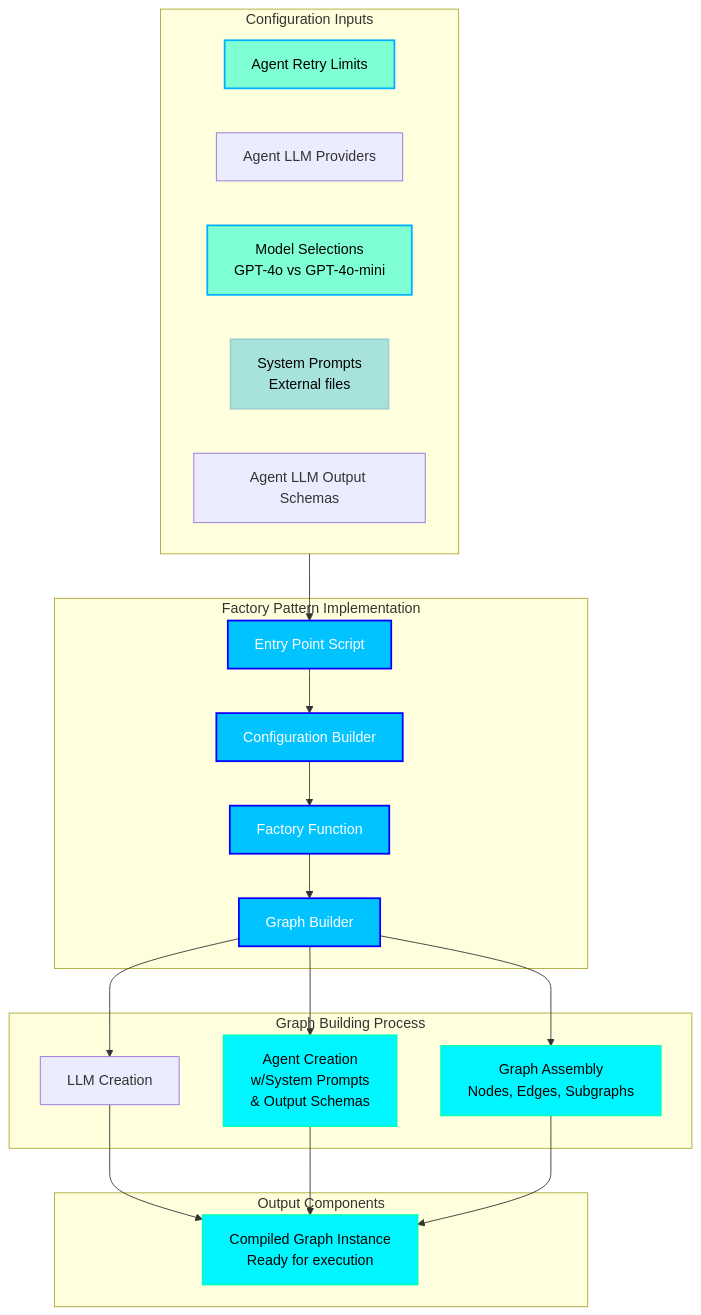
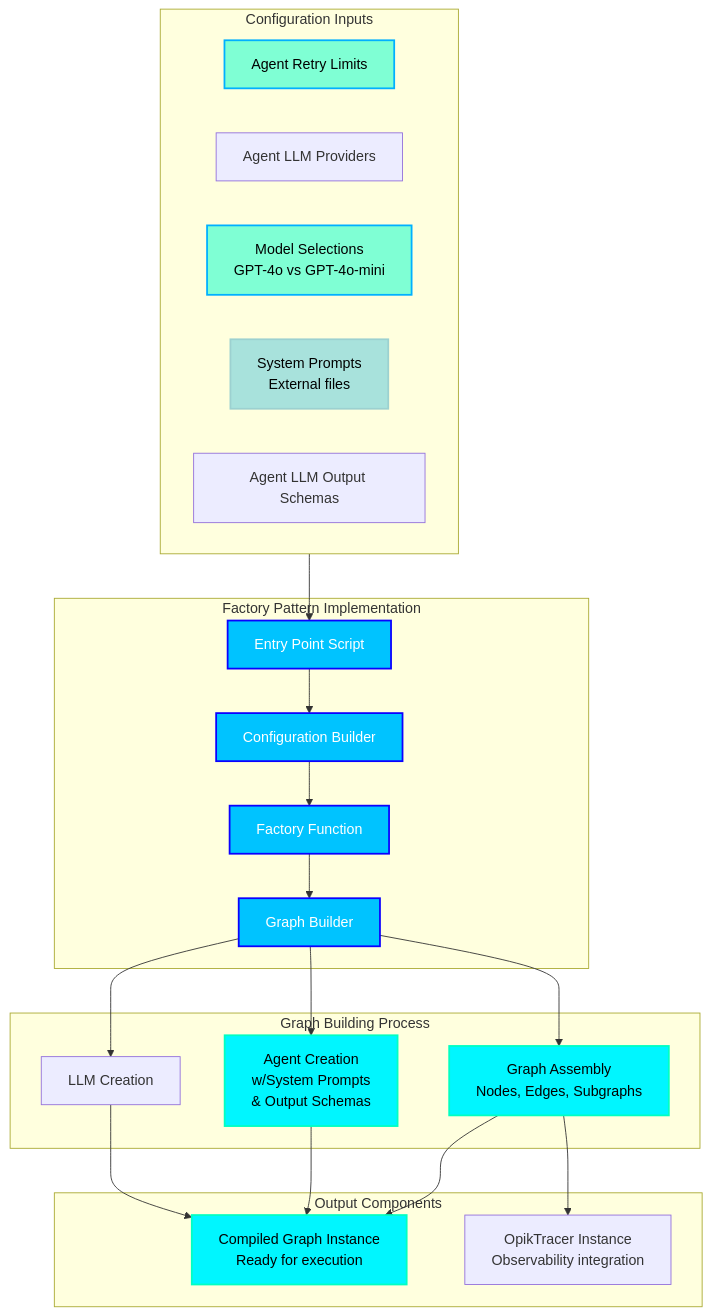
The eighth of 10 diagrams in docs/src/ARCHITECTURE.md (jdsham/hf-ai-agents-course), drawn with Mermaid before and after one commit. The commit also changed other lines of this file and 18 other files, not shown here.

````diff
--- a/docs/src/ARCHITECTURE.md
+++ b/docs/src/ARCHITECTURE.md
@@ -1813,59 +1898,61 @@
 ```mermaid
 graph TB
     %% Graph Configuration
     subgraph ConfigInputs["Configuration Inputs"]
         RetryLimits[Agent Retry Limits]
         LLMProvider[Agent LLM Providers]
         Models[Model Selections<br/>GPT-4o vs GPT-4o-mini]
         SystemPrompts[System Prompts<br/>External files]
         OutputSchemas[Agent LLM Output Schemas]
     end
     
     %% Factory Pattern Implementation
     subgraph FactoryPattern["Factory Pattern Implementation"]
         EntryPoint[Entry Point Script]
         ConfigBuilder[Configuration Builder]
         Factory[Factory Function]
         GraphBuilder[Graph Builder]
     end
     
     %% Graph Building Process
     subgraph GraphBuilding["Graph Building Process"]
         LLMCreation[LLM Creation]
         AgentCreation[Agent Creation<br> w/System Prompts <br> & Output Schemas]
         GraphAssembly[Graph Assembly<br/>Nodes, Edges, Subgraphs]
     end
     
     %% Output Components
     subgraph OutputComponents["Output Components"]
         CompiledGraph[Compiled Graph Instance<br/>Ready for execution]
+        OpikTracer[OpikTracer Instance<br/>Observability integration]
     end
     
     %% Factory Pattern Flow
     ConfigInputs --> EntryPoint
     
     EntryPoint --> ConfigBuilder
 
     ConfigBuilder --> Factory
     
     Factory --> GraphBuilder
     
     GraphBuilder --> LLMCreation
     GraphBuilder --> AgentCreation
     GraphBuilder --> GraphAssembly
     
     LLMCreation --> CompiledGraph
     AgentCreation --> CompiledGraph
     GraphAssembly --> CompiledGraph
+    GraphAssembly --> OpikTracer
     
     %% Styling - Oceanic/Dark Theme Friendly
     classDef config fill:#7FFFD4,stroke:#00B0FF,stroke-width:2px,color:#000000
     classDef prompts fill:#A8E2DC,stroke:#9CD1D0,stroke-width:2px,color:#000000
     classDef factory fill:#00C3FF,stroke:#0B00FF,stroke-width:2px,color:#ffffff
     classDef output fill:#00F6FF,stroke:#00FFC3,stroke-width:2px,color:#000000
     
     class RetryLimits,Temperatures,Models config
     class SystemPrompts,AgentPrompts,CriticPrompts prompts
     class EntryPoint,ConfigBuilder,PromptLoader,Factory,GraphBuilder factory
     class AgentCreation,StateDefaults,GraphAssembly,CompiledGraph output
 ```
````
